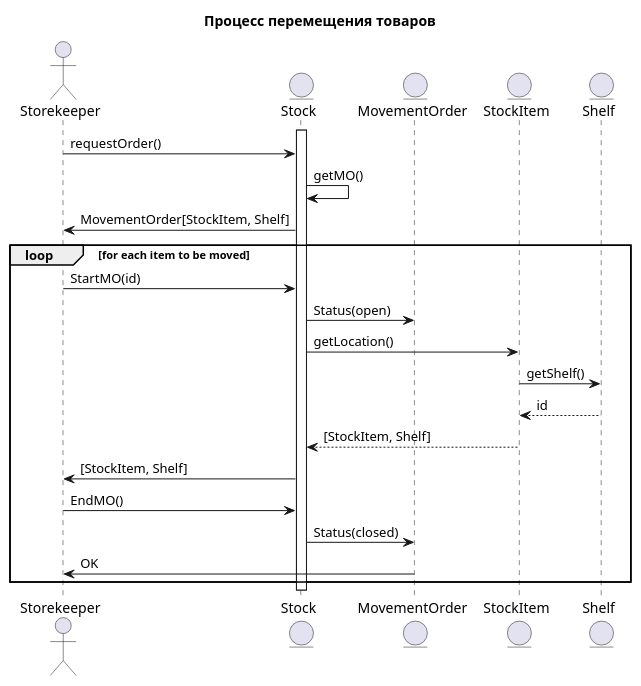
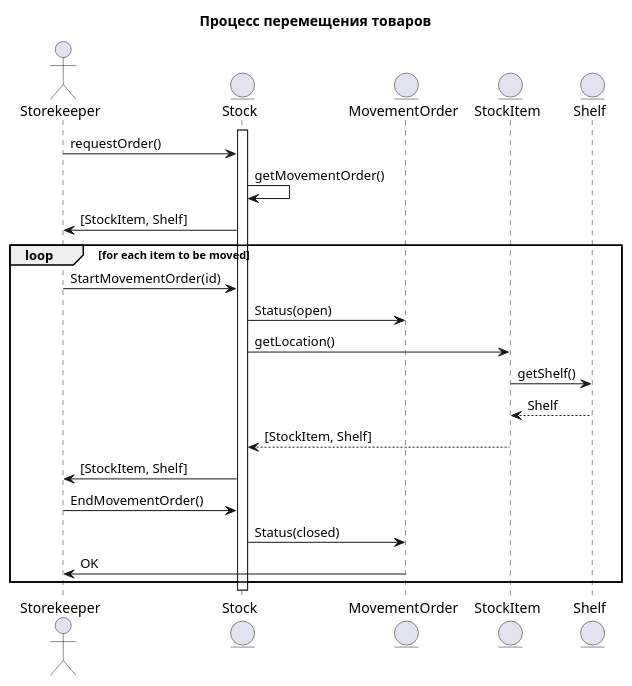
Before and after one commit to penamarth/bsbo-02-21_team5_var6_sklad: the diagram in warehouse/Прецеденты/Перемещение товара/Диаграмма_последовательности_Перемещение_товара.md, drawn with PlantUML.

````diff
--- a/warehouse/Прецеденты/Перемещение товара/Диаграмма_последовательности_Перемещение_товара.md
+++ b/warehouse/Прецеденты/Перемещение товара/Диаграмма_последовательности_Перемещение_товара.md
@@ -1,32 +1,32 @@
 ```plantuml
 @startuml 
 actor Storekeeper
 entity Stock
 entity MovementOrder
 entity StockItem
 entity Shelf
 
 
 activate Stock
 title Процесс перемещения товаров
 
 Storekeeper -> Stock: requestOrder()
-Stock -> Stock: getMO()
-Stock -> Storekeeper: MovementOrder[StockItem, Shelf]
+Stock -> Stock: getMovementOrder()
+Stock -> Storekeeper: [StockItem, Shelf]
 
 loop for each item to be moved
-    Storekeeper -> Stock: StartMO(id)
+    Storekeeper -> Stock: StartMovementOrder(id)
     Stock -> MovementOrder: Status(open)
     Stock -> StockItem: getLocation()
     StockItem -> Shelf: getShelf()
-    Shelf --> StockItem: id
+    Shelf --> StockItem: Shelf
     StockItem --> Stock: [StockItem, Shelf]
     Stock -> Storekeeper: [StockItem, Shelf]
-    Storekeeper -> Stock: EndMO()
+    Storekeeper -> Stock: EndMovementOrder()
     Stock -> MovementOrder: Status(closed)
     MovementOrder -> Storekeeper: OK
 end
 @enduml
 
 
 ```
````
